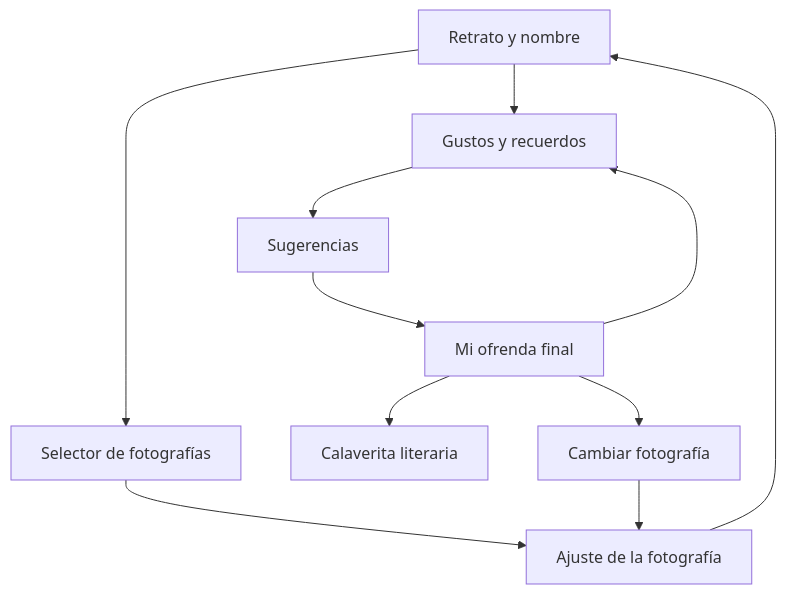
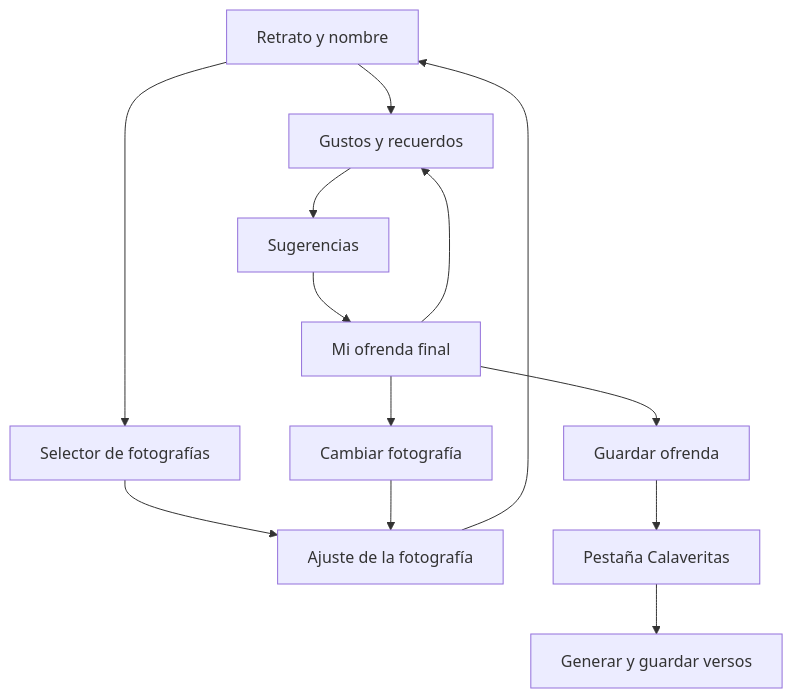
The second of 3 diagrams in README.md (AngelHusielLaraHernandez/IOSLabDiaDeMuertos), drawn with Mermaid before and after one commit. The commit also changed other lines of this file and 13 other files, not shown here.

````diff
--- a/README.md
+++ b/README.md
@@ -1044,13 +1057,15 @@
 ```mermaid
 flowchart TD
     A[Retrato y nombre] --> B[Selector de fotografías]
     B --> C[Ajuste de la fotografía]
     C --> A
     A --> D[Gustos y recuerdos]
     D --> E[Sugerencias]
     E --> F[Mi ofrenda final]
-    F --> G[Calaverita literaria]
+    F --> G[Guardar ofrenda]
+    G --> I[Pestaña Calaveritas]
+    I --> J[Generar y guardar versos]
     F --> D
     F --> H[Cambiar fotografía]
     H --> C
 ```
````
